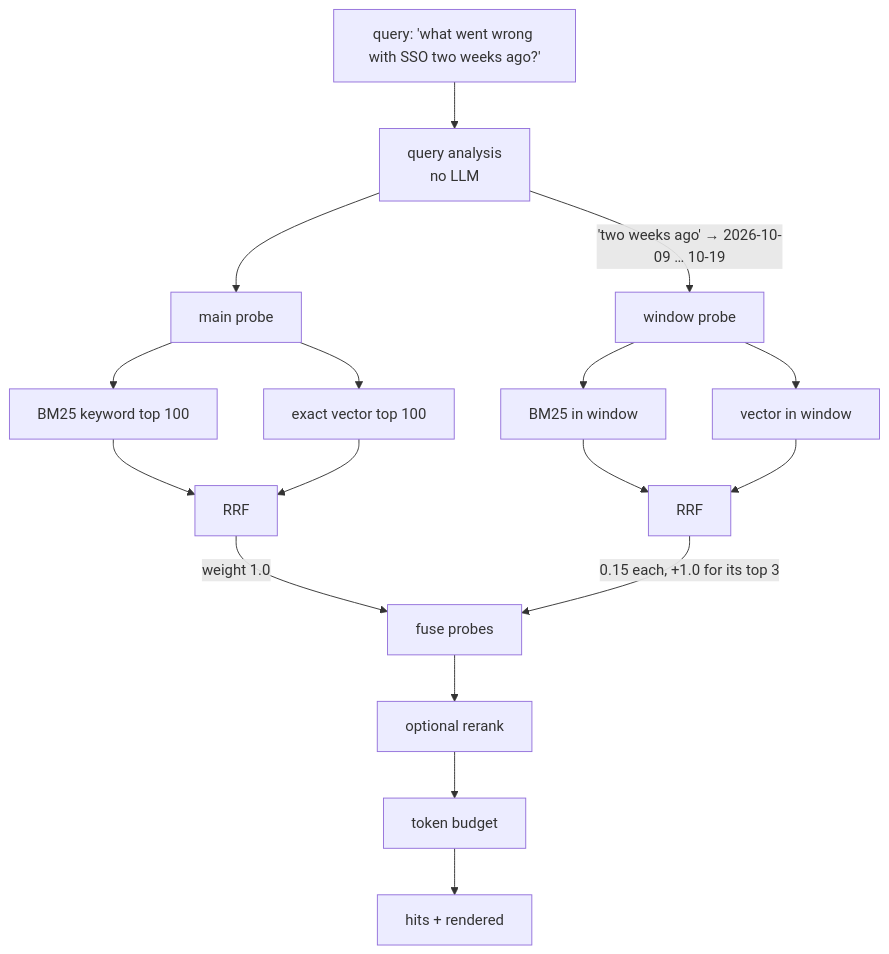
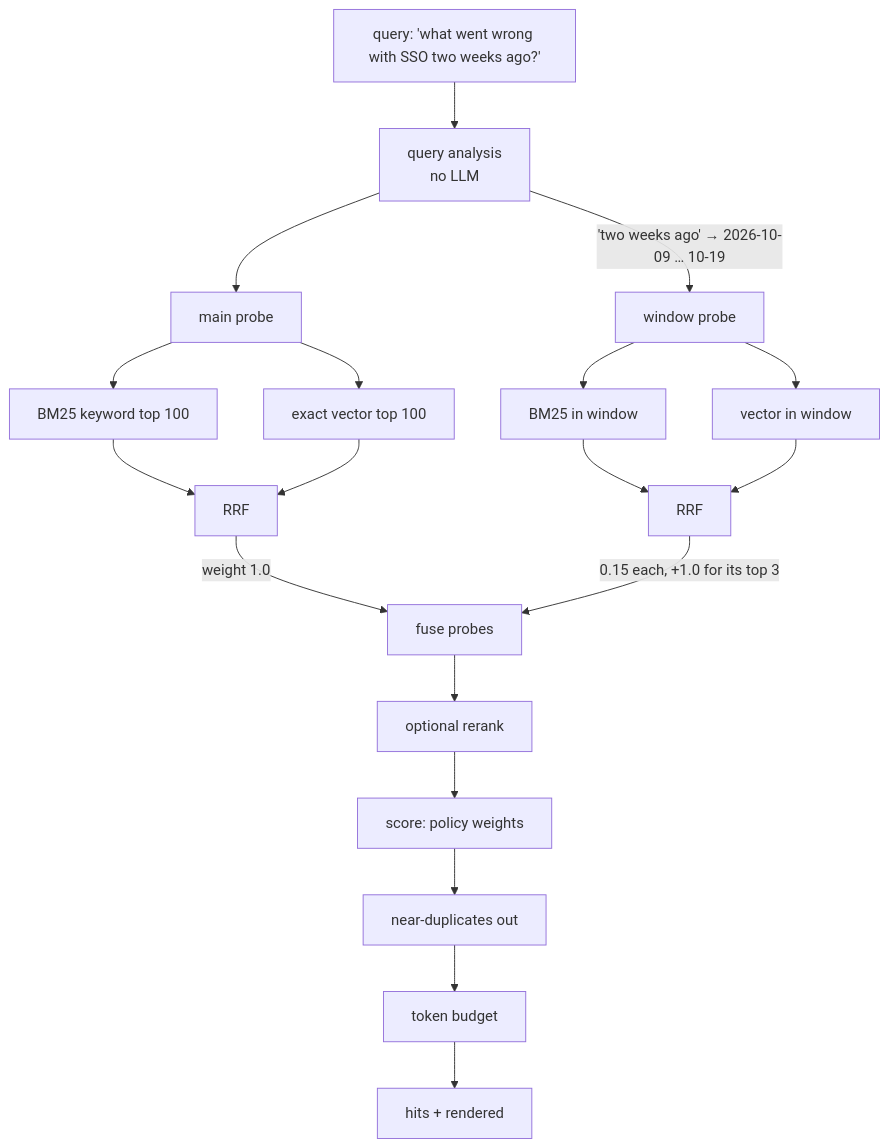
Before and after one commit to memhousehq/memhouse: the third of 4 diagrams in docs/api.md, drawn with Mermaid. The commit also changed other lines of this file and 29 other files, not shown here.

````diff
--- a/docs/api.md
+++ b/docs/api.md
@@ -389,15 +400,15 @@
 ```mermaid
 flowchart TB
     Q["query: 'what went wrong with SSO two weeks ago?'"] --> QA[query analysis<br/>no LLM]
     QA -->|"'two weeks ago' → 2026-10-09 … 10-19"| W[window probe]
     QA --> MP[main probe]
     MP --> K1[BM25 keyword top 100]
     MP --> V1[exact vector top 100]
     W --> K2[BM25 in window]
     W --> V2[vector in window]
     K1 & V1 --> F1[RRF]
     K2 & V2 --> F2[RRF]
     F1 -->|weight 1.0| F[fuse probes]
     F2 -->|"0.15 each, +1.0 for its top 3"| F
-    F --> RR[optional rerank] --> B[token budget] --> H[hits + rendered]
+    F --> RR[optional rerank] --> SC[score: policy weights] --> DD[near-duplicates out] --> B[token budget] --> H[hits + rendered]
 ```
````
